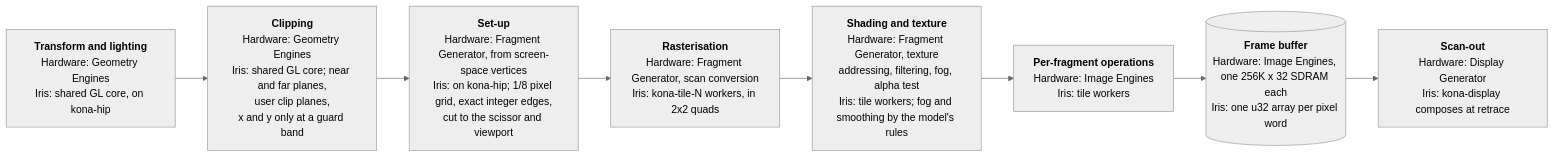
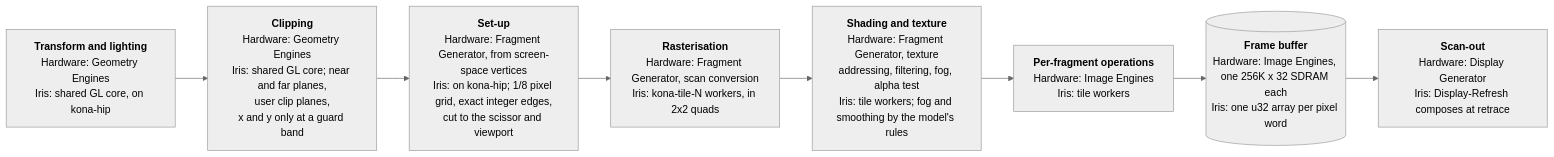
The first of 3 diagrams in docs/graphics/kona.md (techomancer/iris), drawn with Mermaid (neutral theme) before and after one commit. The commit also changed other lines of this file and 8 other files, not shown here.

First line of the commit message:
docs: the display refresh thread

````diff
--- a/docs/graphics/kona.md
+++ b/docs/graphics/kona.md
@@ -22,12 +22,12 @@
 ```mermaid
 flowchart LR
   A["<b>Transform and lighting</b><br/>Hardware: Geometry Engines<br/>Iris: shared GL core, on kona-hip"]
   B["<b>Clipping</b><br/>Hardware: Geometry Engines<br/>Iris: shared GL core; near and far planes,<br/>user clip planes,<br/>x and y only at a guard band"]
   C["<b>Set-up</b><br/>Hardware: Fragment Generator, from screen-space vertices<br/>Iris: on kona-hip; 1/8 pixel grid, exact integer edges,<br/>cut to the scissor and viewport"]
   D["<b>Rasterisation</b><br/>Hardware: Fragment Generator, scan conversion<br/>Iris: kona-tile-N workers, in 2x2 quads"]
   E["<b>Shading and texture</b><br/>Hardware: Fragment Generator, texture<br/>addressing, filtering, fog, alpha test<br/>Iris: tile workers; fog and smoothing by the model's rules"]
   G["<b>Per-fragment operations</b><br/>Hardware: Image Engines<br/>Iris: tile workers"]
   H[("<b>Frame buffer</b><br/>Hardware: Image Engines, one 256K x 32 SDRAM each<br/>Iris: one u32 array per pixel word")]
-  I["<b>Scan-out</b><br/>Hardware: Display Generator<br/>Iris: kona-display composes at retrace"]
+  I["<b>Scan-out</b><br/>Hardware: Display Generator<br/>Iris: Display-Refresh composes at retrace"]
   A --> B --> C --> D --> E --> G --> H --> I
 ```
````
